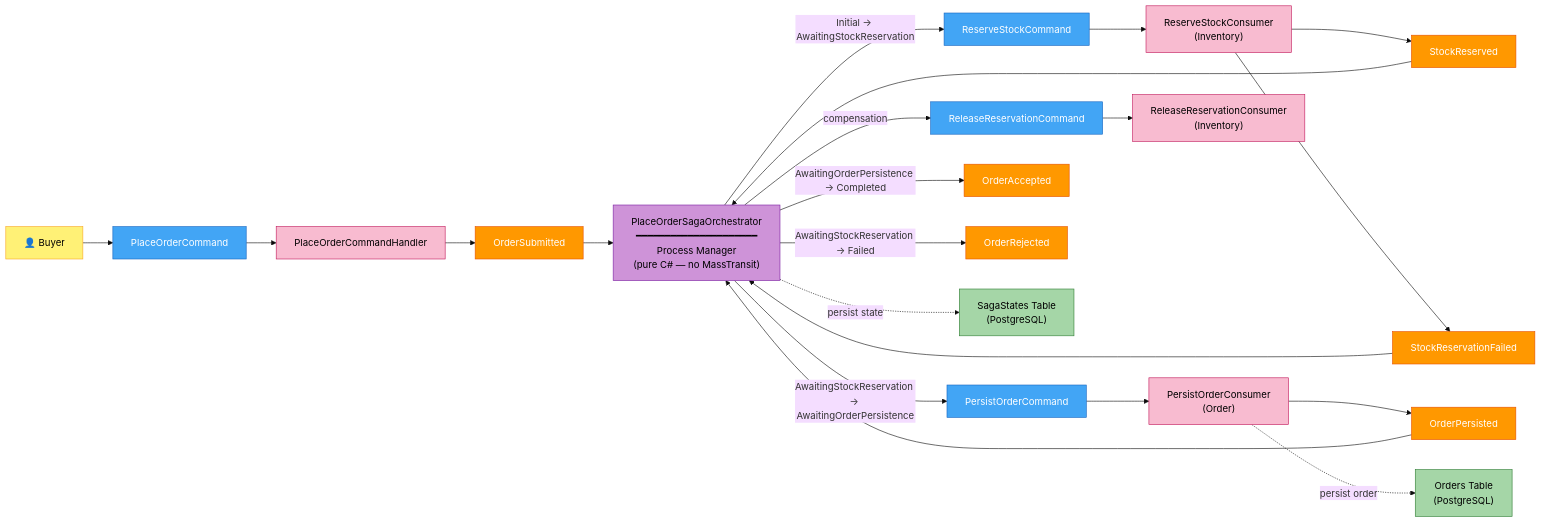
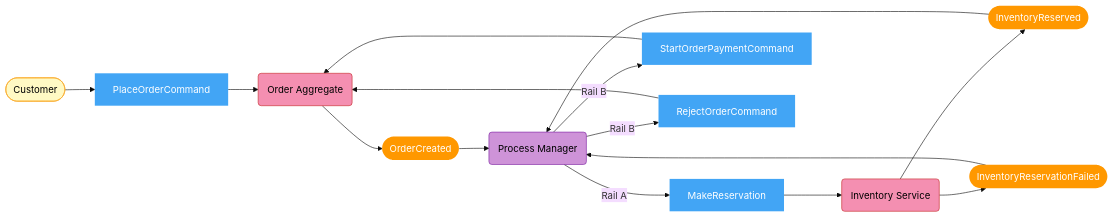
One commit to mnnam1302/EShop changed the third of 12 diagrams in Order/src/EShop.Order.API/README.md. Above: the diagram before and after it, drawn with Mermaid (base theme). The commit also changed other lines of this file and 145 other files, not shown here.

Commit message:
[TEHCNICAL][ESHOP-2006] Improve stock deduction for Order Saga Process Manager (#70)

````diff
--- a/Order/src/EShop.Order.API/README.md
+++ b/Order/src/EShop.Order.API/README.md
@@ -133,53 +80,27 @@
 ```mermaid
-graph LR
-    BUYER["👤 Buyer"]:::actor
+flowchart LR
+    classDef event   fill:#ff9800,color:#fff,stroke:none
+    classDef command fill:#42a5f5,color:#fff,stroke:none
+    classDef agg     fill:#f48fb1,color:#000,stroke:#c62828
+    classDef pm      fill:#ce93d8,color:#000,stroke:#7b1fa2
+    classDef actor   fill:#fff9c4,color:#000,stroke:#f9a825
 
-    C1["PlaceOrderCommand"]:::command
-    C2["ReserveStockCommand"]:::command
-    C3["PersistOrderCommand"]:::command
-    C4["ReleaseReservationCommand"]:::command
+    Customer([Customer]):::actor
+    PlaceOrder[PlaceOrderCommand]:::command
+    OA(Order Aggregate):::agg
+    OrderCreated([OrderCreated]):::event
+    PM(Process Manager):::pm
+    MakeReservation[MakeReservation]:::command
+    INV(Inventory Service):::agg
+    InventoryReserved([InventoryReserved]):::event
+    InventoryReservationFailed([InventoryReservationFailed]):::event
+    StartPayment[StartOrderPaymentCommand]:::command
+    RejectOrder[RejectOrderCommand]:::command
 
-    H1["PlaceOrderCommandHandler"]:::aggregate
-    AGG_INV["ReserveStockConsumer<br/>(Inventory)"]:::aggregate
-    AGG_ORD["PersistOrderConsumer<br/>(Order)"]:::aggregate
-    AGG_REL["ReleaseReservationConsumer<br/>(Inventory)"]:::aggregate
-
-    E1["OrderSubmitted"]:::event
-    E2["StockReserved"]:::event
-    E3["StockReservationFailed"]:::event
-    E4["OrderPersisted"]:::event
-    E5["OrderAccepted"]:::event
-    E6["OrderRejected"]:::event
-
-    PM["PlaceOrderSagaOrchestrator<br/>━━━━━━━━━━━━━━━━━━━━━<br/>Process Manager<br/>(pure C# — no MassTransit)"]:::policy
-
-    RM["SagaStates Table<br/>(PostgreSQL)"]:::readmodel
-    RM2["Orders Table<br/>(PostgreSQL)"]:::readmodel
-
-    BUYER --> C1 --> H1 --> E1
-    E1 --> PM
-    PM -->|"Initial → AwaitingStockReservation"| C2
-    PM -.->|"persist state"| RM
-    C2 --> AGG_INV
-    AGG_INV --> E2
-    AGG_INV --> E3
-
-    E2 --> PM
-    PM -->|"AwaitingStockReservation → AwaitingOrderPersistence"| C3
-    C3 --> AGG_ORD --> E4
-    E4 --> PM
-    PM -->|"AwaitingOrderPersistence → Completed"| E5
-    AGG_ORD -.->|"persist order"| RM2
-
-    E3 --> PM
-    PM -->|"AwaitingStockReservation → Failed"| E6
-    PM -->|"compensation"| C4
-    C4 --> AGG_REL
-
-    classDef actor    fill:#fff176,stroke:#f9a825,color:#000
-    classDef command  fill:#42a5f5,stroke:#1565c0,color:#fff
-    classDef aggregate fill:#f8bbd0,stroke:#c2185b,color:#000
-    classDef event    fill:#ff9800,stroke:#e65100,color:#fff
-    classDef policy   fill:#ce93d8,stroke:#7b1fa2,color:#000
-    classDef readmodel fill:#a5d6a7,stroke:#2e7d32,color:#000
+    Customer --> PlaceOrder --> OA --> OrderCreated --> PM
+    PM -->|"Rail A"| MakeReservation --> INV
+    INV --> InventoryReserved --> PM
+    INV --> InventoryReservationFailed --> PM
+    PM -->|"Rail B"| StartPayment --> OA
+    PM -->|"Rail B"| RejectOrder --> OA
 ```
````
